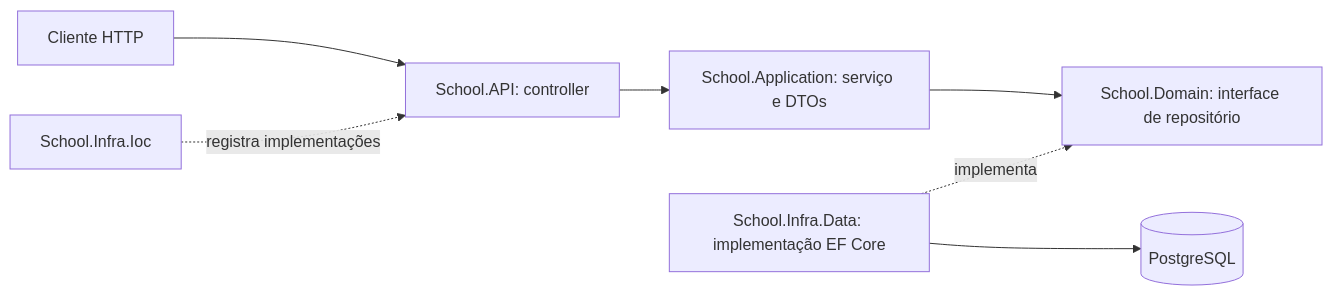
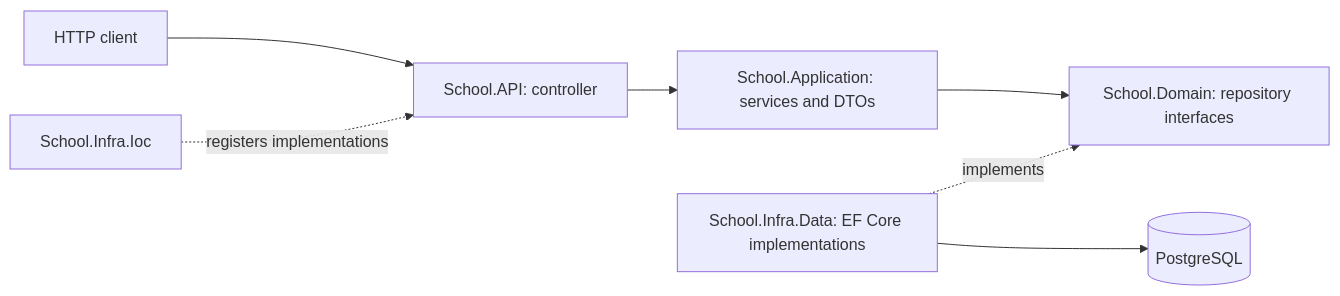
Before and after one commit to donzzim/SchoolApp: the diagram in README.md, drawn with Mermaid. The commit also changed other lines of this file and 2 other files, not shown here.

````diff
--- a/README.md
+++ b/README.md
@@ -11,9 +11,9 @@
 ```mermaid
 flowchart LR
-    HTTP[Cliente HTTP] --> API[School.API: controller]
-    API --> APP[School.Application: serviço e DTOs]
-    APP --> CONTRACT[School.Domain: interface de repositório]
-    DATA[School.Infra.Data: implementação EF Core] -. implementa .-> CONTRACT
+    HTTP[HTTP client] --> API[School.API: controller]
+    API --> APP[School.Application: services and DTOs]
+    APP --> CONTRACT[School.Domain: repository interfaces]
+    DATA[School.Infra.Data: EF Core implementations] -. implements .-> CONTRACT
     DATA --> DB[(PostgreSQL)]
-    IOC[School.Infra.Ioc] -. registra implementações .-> API
+    IOC[School.Infra.Ioc] -. registers implementations .-> API
 ```
````
